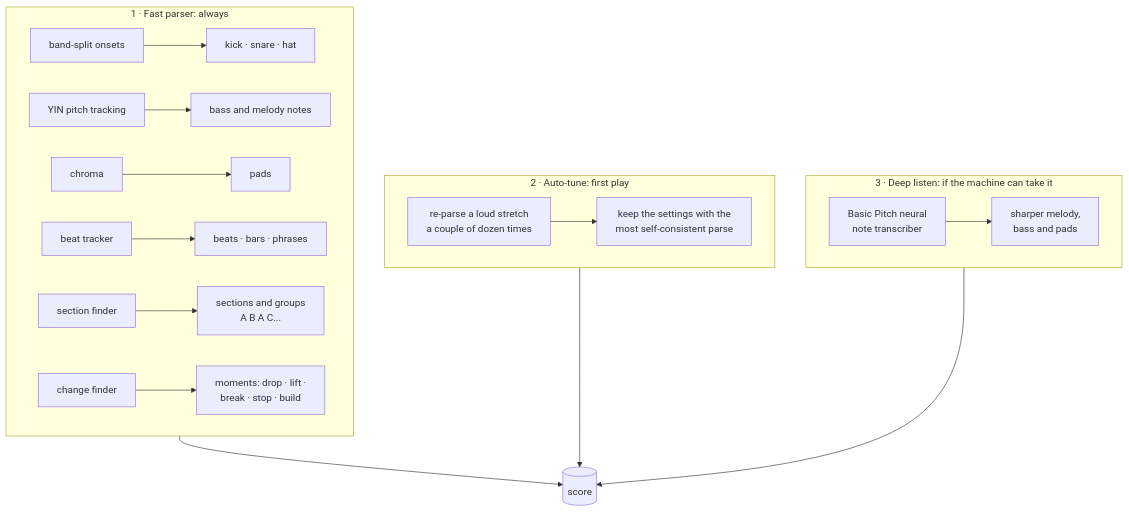
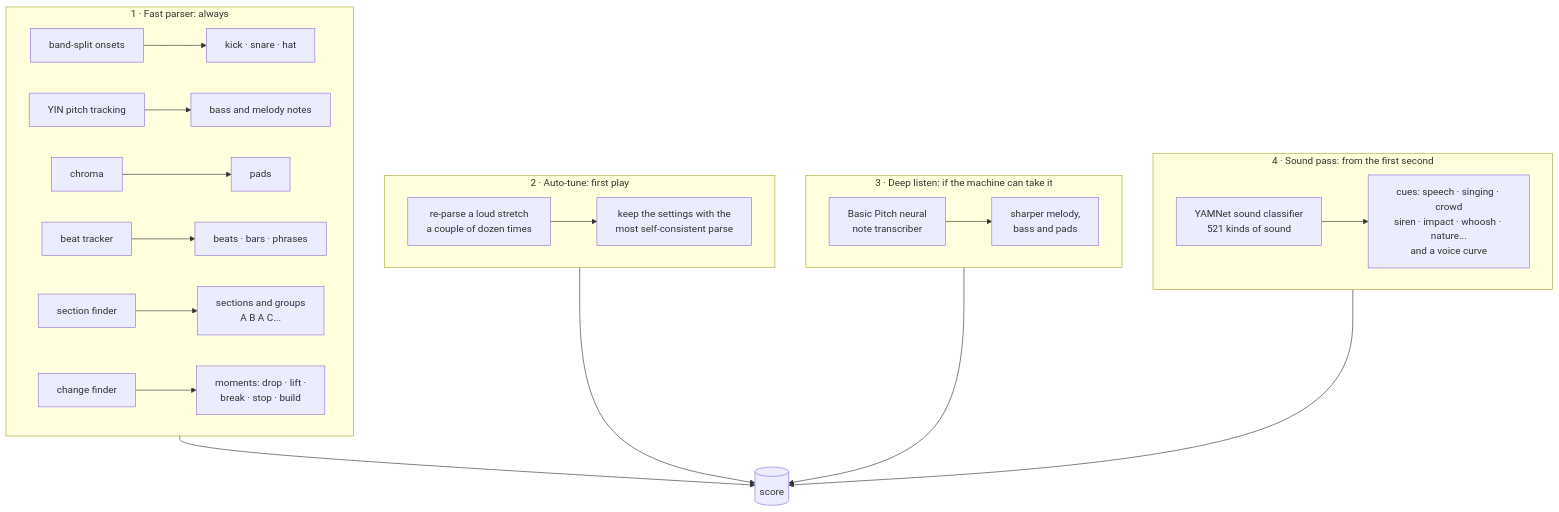
Before and after one commit to FrunkQ/gondryator: the third of 8 diagrams in docs/TECHNOLOGY.md, drawn with Mermaid. The commit also changed other lines of this file and 16 other files, not shown here.

First line of the commit message:
Sound pass: YAMNet recognises speech, singing, crowds, sirens, impacts and more, from the first second

````diff
--- a/docs/TECHNOLOGY.md
+++ b/docs/TECHNOLOGY.md
@@ -54,21 +57,25 @@
 ```mermaid
 flowchart TB
     subgraph P1 [1 · Fast parser: always]
         direction LR
         a1[band-split onsets] --> a2[kick · snare · hat]
         a3[YIN pitch tracking] --> a4[bass and melody notes]
         a5[chroma] --> a6[pads]
         a7[beat tracker] --> a8[beats · bars · phrases]
         a9[section finder] --> a10[sections and groups<br/>A B A C...]
         a11[change finder] --> a12[moments: drop · lift ·<br/>break · stop · build]
     end
     subgraph P2 [2 · Auto-tune: first play]
         b1[re-parse a loud stretch<br/>a couple of dozen times] --> b2[keep the settings with the<br/>most self-consistent parse]
     end
+    subgraph P4 [4 · Sound pass: from the first second]
+        d1[YAMNet sound classifier<br/>521 kinds of sound] --> d2[cues: speech · singing · crowd<br/>siren · impact · whoosh · nature...<br/>and a voice curve]
+    end
     subgraph P3 [3 · Deep listen: if the machine can take it]
         c1[Basic Pitch neural<br/>note transcriber] --> c2[sharper melody,<br/>bass and pads]
     end
     P1 --> S[(score)]
     P2 --> S
     P3 --> S
+    P4 --> S
 ```
````
